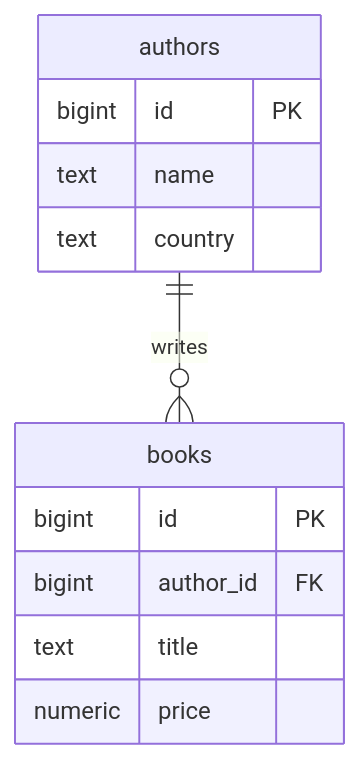
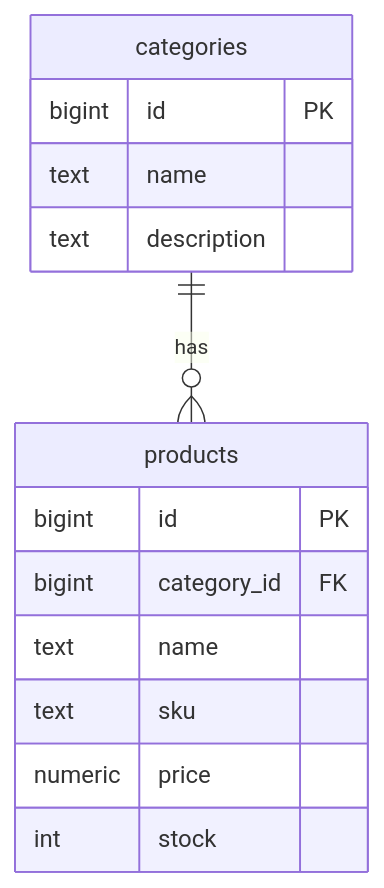
Before and after one commit to mdsalahuddin2001/fullstackshikhi: the first of 2 diagrams in content/docs/postgresql/tables-and-types.mdx, drawn with Mermaid. The commit also changed other lines of this file and 13 other files, not shown here.

````diff
--- a/content/docs/postgresql/tables-and-types.mdx
+++ b/content/docs/postgresql/tables-and-types.mdx
@@ -86,15 +89,17 @@
 ```mermaid
 erDiagram
-  authors ||--o{ books : writes
-  authors {
+  categories ||--o{ products : has
+  categories {
     bigint id PK
     text name
-    text country
+    text description
   }
-  books {
+  products {
     bigint id PK
-    bigint author_id FK
-    text title
+    bigint category_id FK
+    text name
+    text sku
     numeric price
+    int stock
   }
 ```
````
